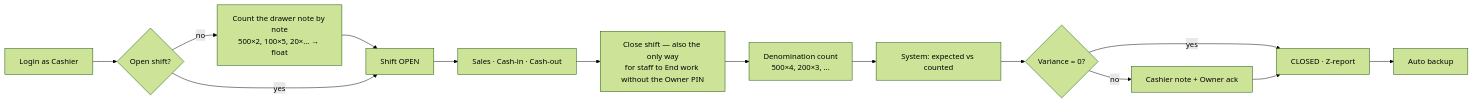
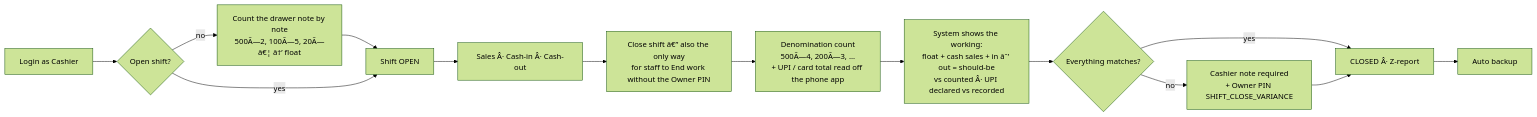
The second of 4 diagrams in docs/05-billing-and-anti-theft.md (awsudemy01-stack/vaishnavi-stock-management), drawn with Mermaid (forest theme) before and after one commit. The commit also changed other lines of this file, not shown here.

````diff
--- a/docs/05-billing-and-anti-theft.md
+++ b/docs/05-billing-and-anti-theft.md
@@ -206,14 +207,14 @@
 ```mermaid
 flowchart LR
   A[Login as Cashier] --> B{Open shift?}
-  B -- no --> C[Count the drawer note by note<br/>500×2, 100×5, 20×… → float] --> D[Shift OPEN]
+  B -- no --> C[Count the drawer note by note<br/>500Ã—2, 100Ã—5, 20Ã—â€¦ â†’ float] --> D[Shift OPEN]
   B -- yes --> D
-  D --> E[Sales · Cash-in · Cash-out]
-  E --> F[Close shift — also the only way<br/>for staff to End work without the Owner PIN]
-  F --> G[Denomination count<br/>500×4, 200×3, ...]
-  G --> H[System: expected vs counted]
-  H --> I{Variance = 0?}
-  I -- yes --> J[CLOSED · Z-report]
-  I -- no --> K[Cashier note + Owner ack] --> J
+  D --> E[Sales Â· Cash-in Â· Cash-out]
+  E --> F[Close shift â€” also the only way<br/>for staff to End work without the Owner PIN]
+  F --> G[Denomination count<br/>500Ã—4, 200Ã—3, ...<br/>+ UPI / card total read off the phone app]
+  G --> H[System shows the working:<br/>float + cash sales + in âˆ’ out = should-be<br/>vs counted Â· UPI declared vs recorded]
+  H --> I{Everything matches?}
+  I -- yes --> J[CLOSED Â· Z-report]
+  I -- no --> K[Cashier note required<br/>+ Owner PIN SHIFT_CLOSE_VARIANCE] --> J
   J --> L[Auto backup]
 ```
````
